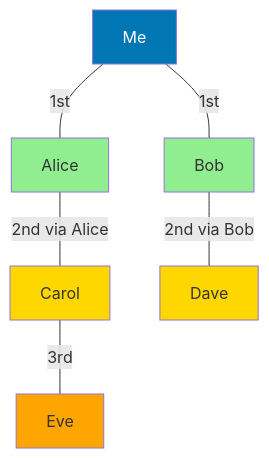
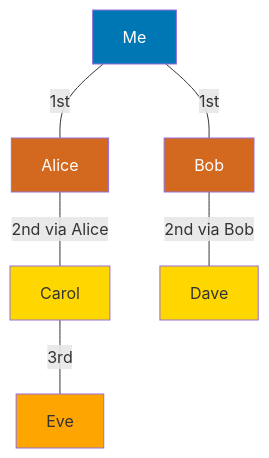
Before and after one commit to billywr/system-design: the fifth of 24 diagrams in 01-social-feeds/03-design-linkedin.md, drawn with Mermaid. The commit also changed other lines of this file and 39 other files, not shown here.

````diff
--- a/01-social-feeds/03-design-linkedin.md
+++ b/01-social-feeds/03-design-linkedin.md
@@ -828,15 +829,15 @@
 ```mermaid
 graph TD
     ME[Me] ---|1st| A[Alice]
     ME ---|1st| B[Bob]
     A ---|2nd via Alice| C[Carol]
     B ---|2nd via Bob| D[Dave]
     C ---|3rd| E[Eve]
 
     style ME fill:#0077B5,color:#fff
-    style A fill:#90EE90
-    style B fill:#90EE90
+    style A fill:#D2691E,color:#ffffff
+    style B fill:#D2691E,color:#ffffff
     style C fill:#FFD700
     style D fill:#FFD700
     style E fill:#FFA500
 ```
````
